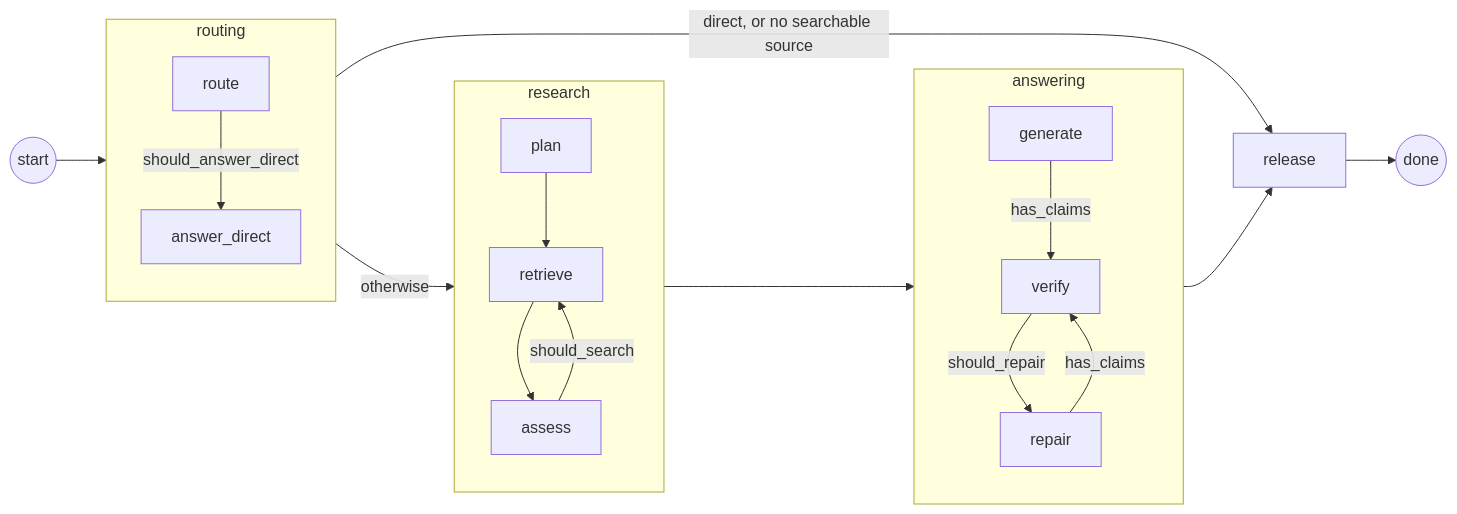
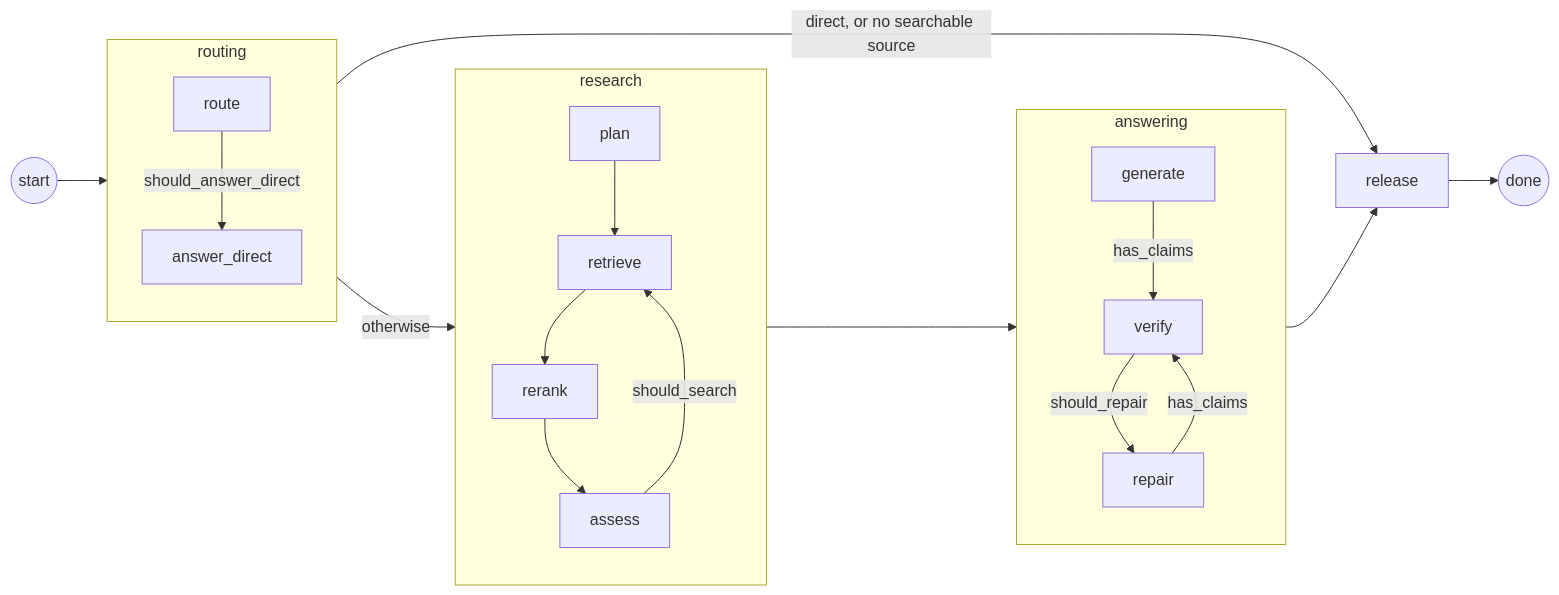
One commit to Fezzaioussama/ContextMesh changed the second of 4 diagrams in docs/guide.md. Above: the diagram before and after it, drawn with Mermaid. The commit also changed other lines of this file and 15 other files, not shown here.

````diff
--- a/docs/guide.md
+++ b/docs/guide.md
@@ -47,22 +47,22 @@
 ```mermaid
 flowchart LR
   S(("start")) --> routing
   subgraph routing
     direction TB
     r1["route"] -- "should_answer_direct" --> r2["answer_direct"]
   end
   subgraph research
     direction TB
-    p1["plan"] --> p2["retrieve"] --> p3["assess"]
+    p1["plan"] --> p2["retrieve"] --> p4["rerank"] --> p3["assess"]
     p3 -- "should_search" --> p2
   end
   subgraph answering
     direction TB
     a1["generate"] -- "has_claims" --> a2["verify"]
     a2 -- "should_repair" --> a3["repair"]
     a3 -- "has_claims" --> a2
   end
   routing -- "direct, or no searchable source" --> rel["release"]
   routing -- "otherwise" --> research --> answering --> rel
   rel --> E(("done"))
 ```
````
